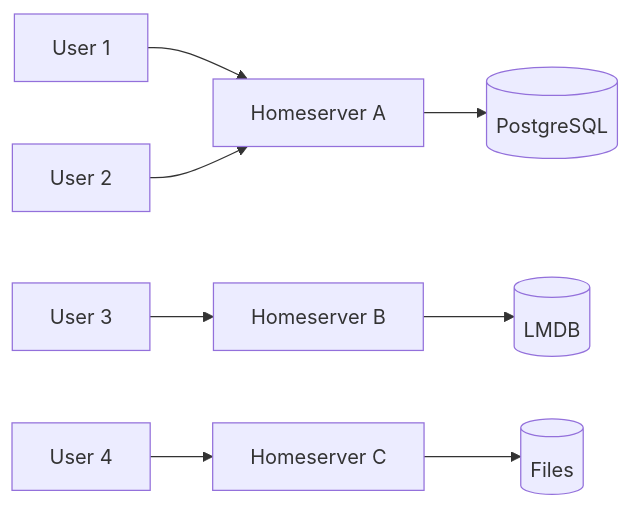
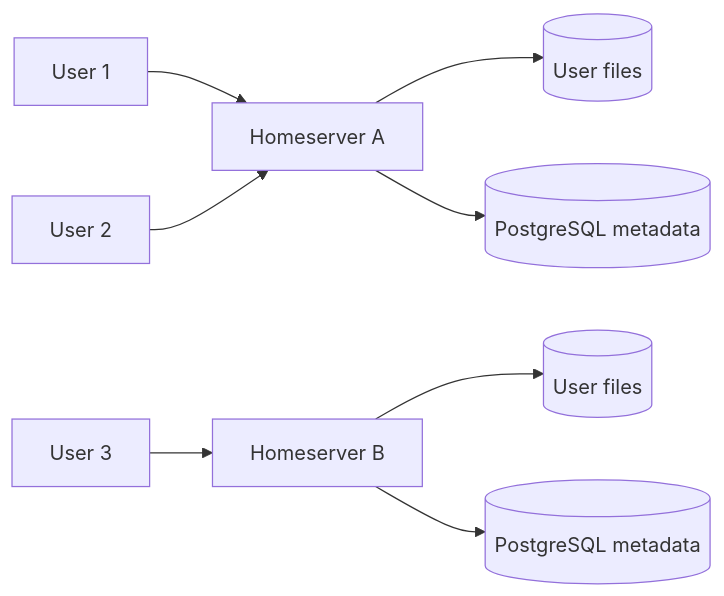
The third of 7 diagrams in src/content/docs/architecture.md (pubky/pubky-knowledge-base-v2), drawn with Mermaid before and after one commit. The commit also changed other lines of this file and 8 other files, not shown here.

````diff
--- a/src/content/docs/architecture.md
+++ b/src/content/docs/architecture.md
@@ -117,11 +117,11 @@
 ```mermaid
 flowchart LR
     User1[User 1] --> HS1[Homeserver A]
     User2[User 2] --> HS1
     User3[User 3] --> HS2[Homeserver B]
-    User4[User 4] --> HS3[Homeserver C]
     
-    HS1 --> DB1[(PostgreSQL)]
-    HS2 --> DB2[(LMDB)]
-    HS3 --> DB3[(Files)]
+    HS1 --> FS1[(User files)]
+    HS1 --> PG1[(PostgreSQL metadata)]
+    HS2 --> FS2[(User files)]
+    HS2 --> PG2[(PostgreSQL metadata)]
 ```
````
